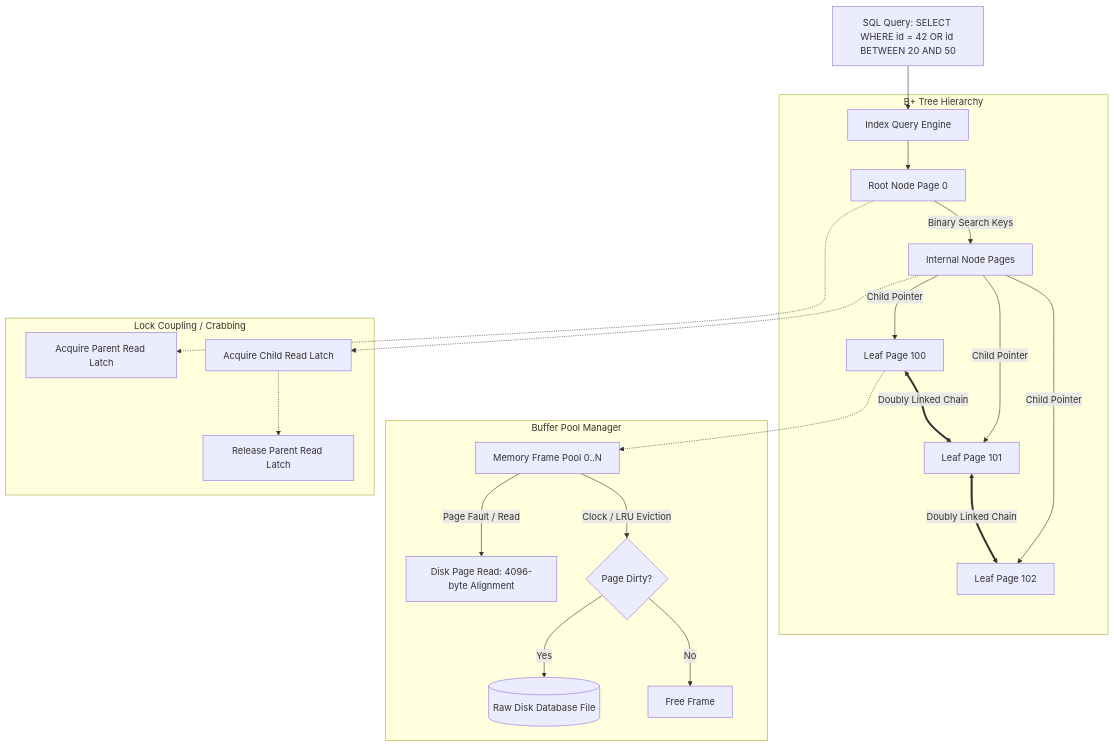
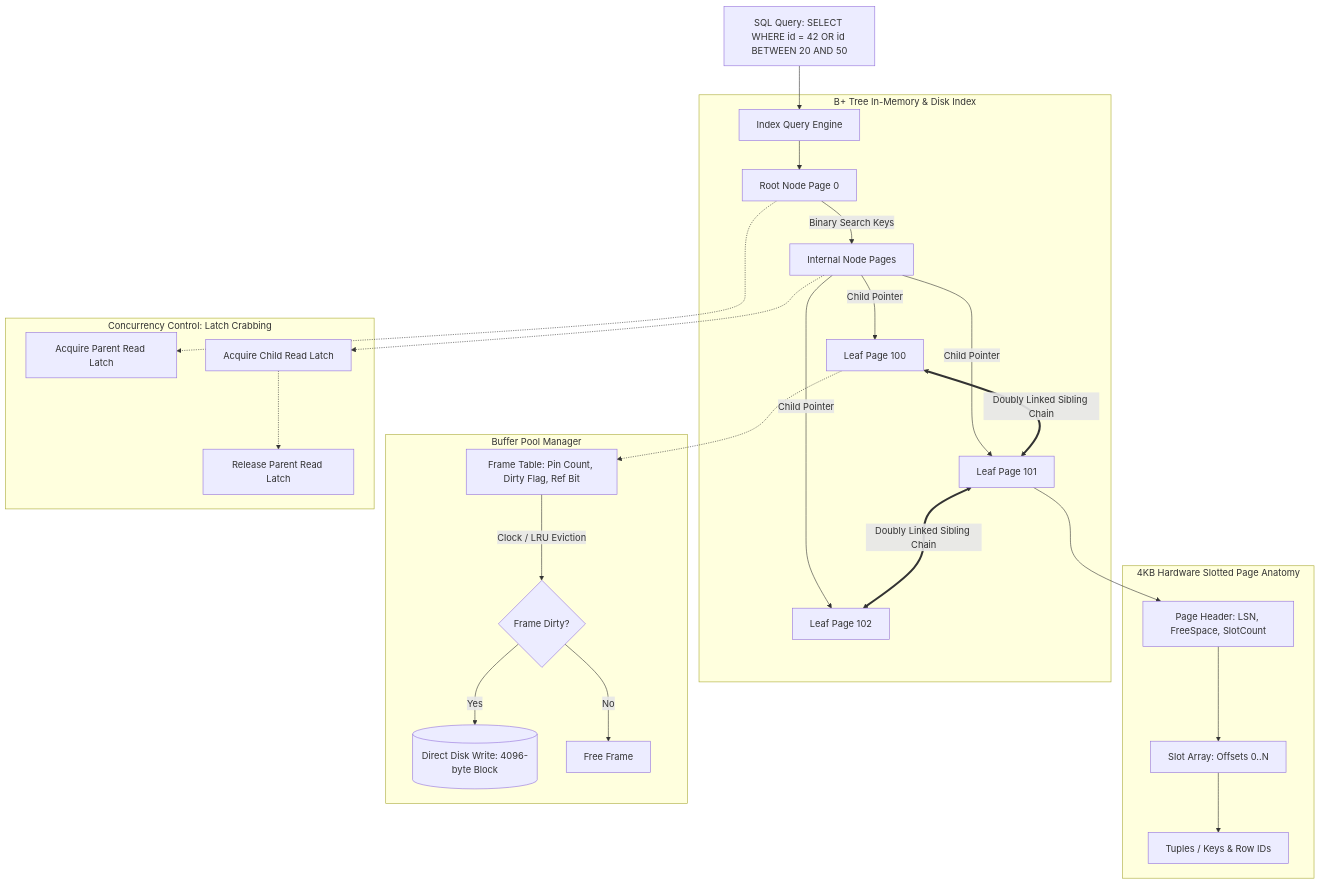
One commit to PandiaJason/ALGO changed the sixth of 12 diagrams in CHALLENGES_ARCHITECTURE.md. Above: the diagram before and after it, drawn with Mermaid. The commit also changed other lines of this file and 12 other files, not shown here.

Commit message:
refactor(curriculum): reframe challenges with honest systems engineering archetypes, flowcharts, and experimental benchmarks

````diff
--- a/CHALLENGES_ARCHITECTURE.md
+++ b/CHALLENGES_ARCHITECTURE.md
@@ -340,29 +370,34 @@
 ```mermaid
 flowchart TD
     Query[SQL Query: SELECT WHERE id = 42 OR id BETWEEN 20 AND 50] --> Engine[Index Query Engine]
     
-    subgraph BPlusTree [B+ Tree Hierarchy]
+    subgraph BPlusTreeHierarchy [B+ Tree In-Memory & Disk Index]
         Engine --> Root[Root Node Page 0]
         Root -->|Binary Search Keys| InternalNode[Internal Node Pages]
         InternalNode -->|Child Pointer| LeafNodeA[Leaf Page 100]
         InternalNode -->|Child Pointer| LeafNodeB[Leaf Page 101]
         InternalNode -->|Child Pointer| LeafNodeC[Leaf Page 102]
         
-        LeafNodeA <== Doubly Linked Chain ==> LeafNodeB
-        LeafNodeB <== Doubly Linked Chain ==> LeafNodeC
+        LeafNodeA <== Doubly Linked Sibling Chain ==> LeafNodeB
+        LeafNodeB <== Doubly Linked Sibling Chain ==> LeafNodeC
     end
 
-    subgraph BufferPool [Buffer Pool Manager]
-        LeafNodeA -.-> BufferFrames[Memory Frame Pool 0..N]
-        BufferFrames -->|Page Fault / Read| DiskIO[Disk Page Read: 4096-byte Alignment]
-        BufferFrames -->|Clock / LRU Eviction| FlushDirty{Page Dirty?}
-        FlushDirty -->|Yes| WriteDisk[(Raw Disk Database File)]
-        FlushDirty -->|No| Discard[Free Frame]
+    subgraph SlottedPageLayout [4KB Hardware Slotted Page Anatomy]
+        LeafNodeB --> PageHeader[Page Header: LSN, FreeSpace, SlotCount]
+        PageHeader --> SlotArray[Slot Array: Offsets 0..N]
+        SlotArray --> TupleData[Tuples / Keys & Row IDs]
     end
 
-    subgraph ConcurrencyControl [Lock Coupling / Crabbing]
-        Root -.-> ReadLatch[Acquire Parent Read Latch]
-        InternalNode -.-> ChildLatch[Acquire Child Read Latch]
-        ChildLatch -.-> ReleaseParent[Release Parent Read Latch]
+    subgraph BufferPoolMgr [Buffer Pool Manager]
+        LeafNodeA -.-> FrameTable[Frame Table: Pin Count, Dirty Flag, Ref Bit]
+        FrameTable -->|Clock / LRU Eviction| FlushCheck{Frame Dirty?}
+        FlushCheck -->|Yes| DiskFlush[(Direct Disk Write: 4096-byte Block)]
+        FlushCheck -->|No| Discard[Free Frame]
+    end
+
+    subgraph LatchCoupling [Concurrency Control: Latch Crabbing]
+        Root -.-> ReadLatchP[Acquire Parent Read Latch]
+        InternalNode -.-> ReadLatchC[Acquire Child Read Latch]
+        ReadLatchC -.-> ReleaseP[Release Parent Read Latch]
     end
 ```
````
